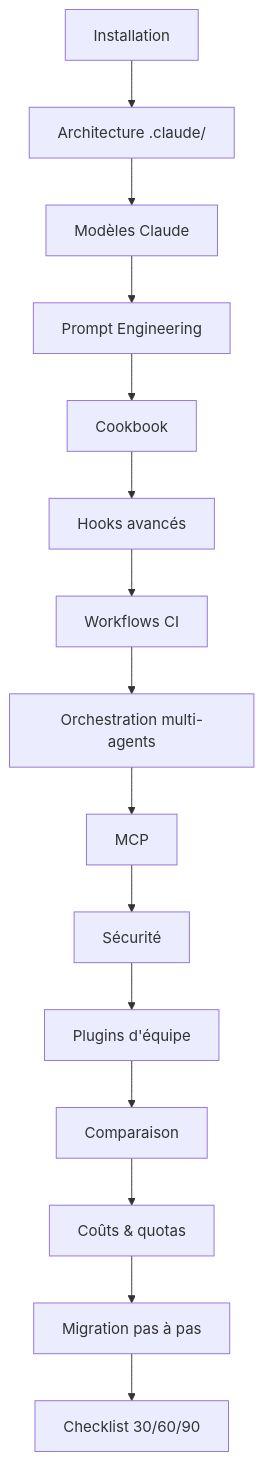
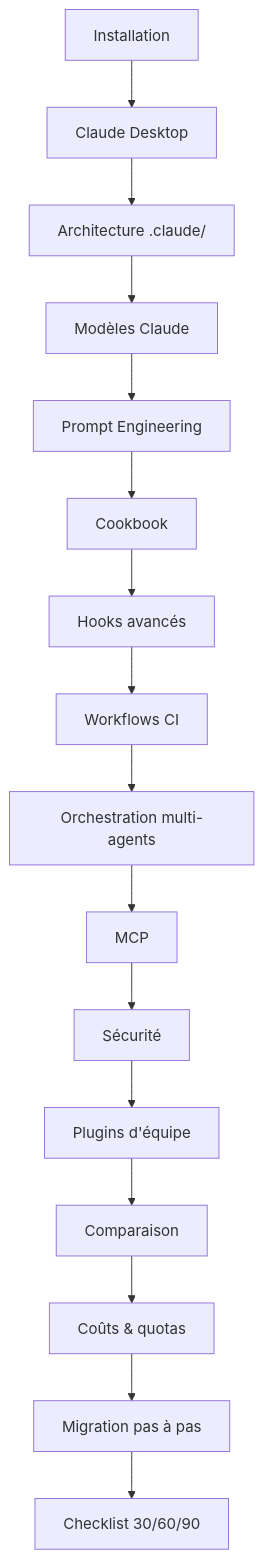
One commit to FTurleque/doc-utilisation-ia changed the diagram in docs/chapitre-3b-claude-code-migration-copilot/index.md. Above: the diagram before and after it, drawn with Mermaid. The commit also changed other lines of this file, not shown here.

Commit message:
docs: link Claude Desktop from Claude guide

````diff
--- a/docs/chapitre-3b-claude-code-migration-copilot/index.md
+++ b/docs/chapitre-3b-claude-code-migration-copilot/index.md
@@ -112,17 +118,18 @@
 ```mermaid
 graph TD
-    I["Installation"] --> A["Architecture .claude/"]
+    I["Installation"] --> D["Claude Desktop"]
+    D --> A["Architecture .claude/"]
     A --> MOD["Modèles Claude"]
     MOD --> P["Prompt Engineering"]
     P --> CK["Cookbook"]
     CK --> HK["Hooks avancés"]
     HK --> CI["Workflows CI"]
     CI --> ORCH["Orchestration multi-agents"]
     ORCH --> MCP["MCP"]
     MCP --> SEC["Sécurité"]
     SEC --> PL["Plugins d'équipe"]
     PL --> C["Comparaison"]
     C --> CO["Coûts & quotas"]
     CO --> M["Migration pas à pas"]
     M --> J["Checklist 30/60/90"]
 ```
````
